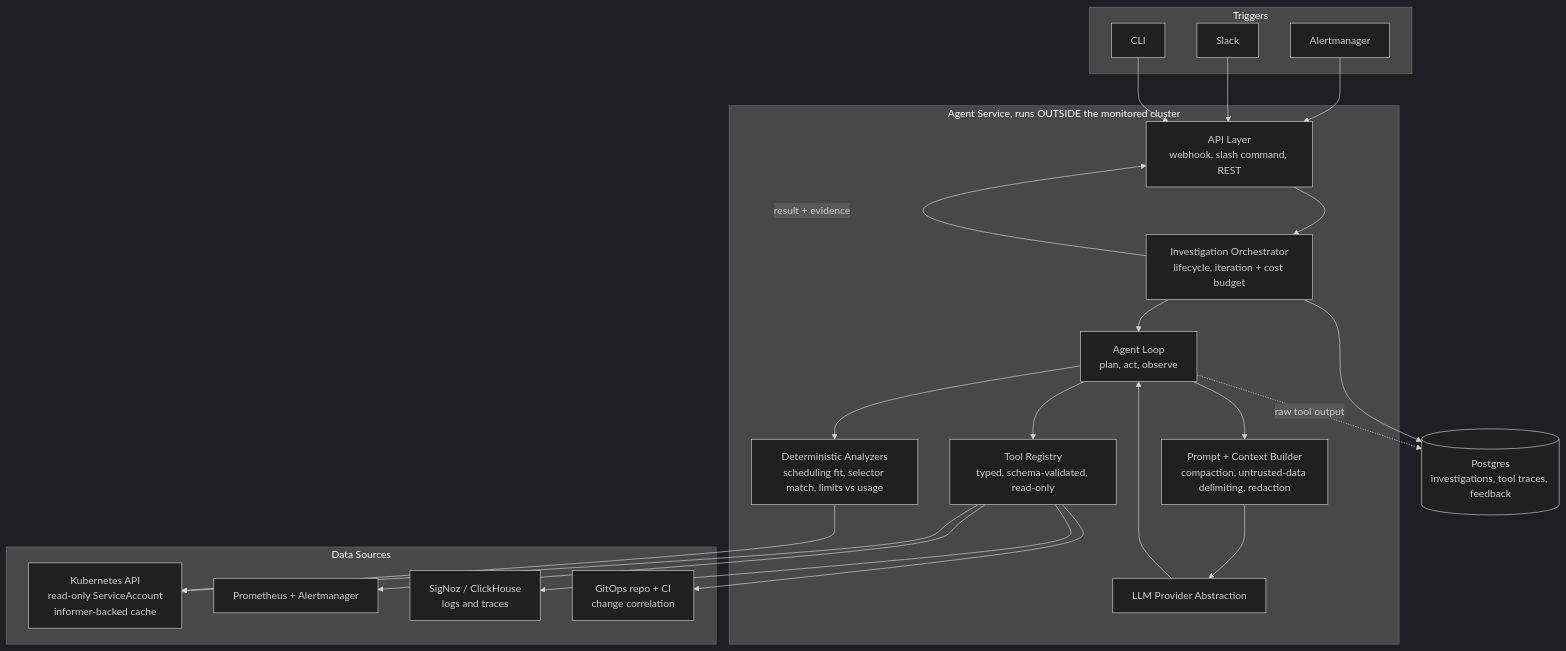
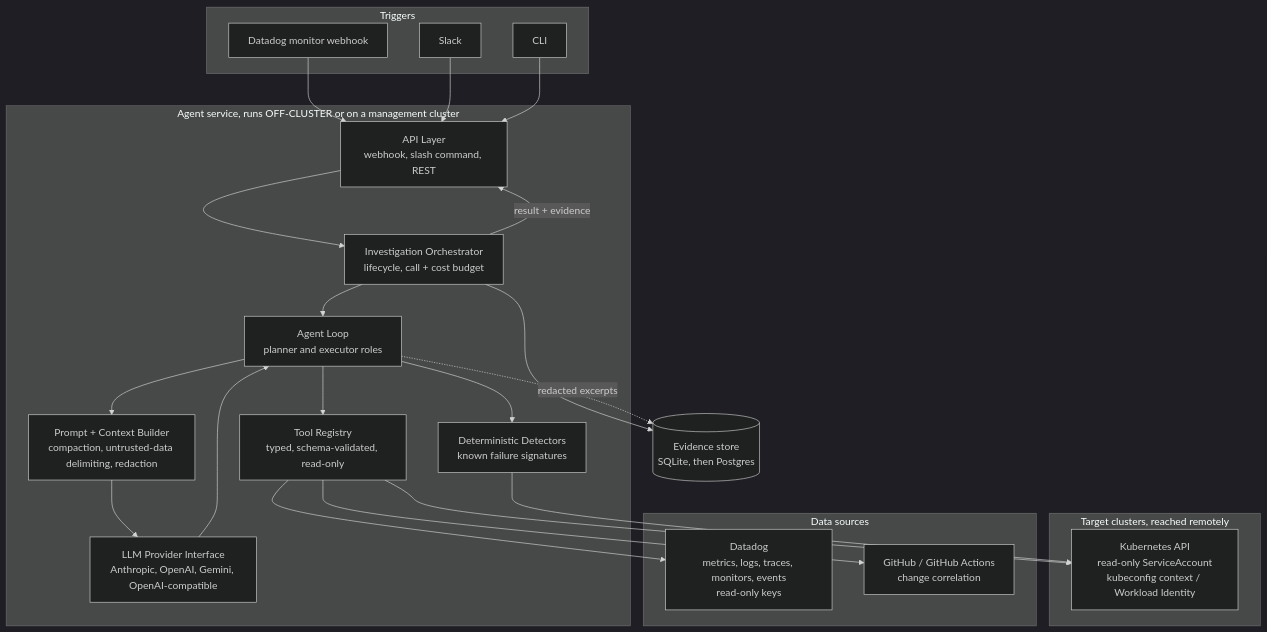
The diagram in README.md (davidsugianto/upsera-agent), drawn with Mermaid (dark theme) before and after one commit. The commit also changed other lines of this file and 53 other files, not shown here.

````diff
--- a/README.md
+++ b/README.md
@@ -58,49 +69,50 @@
 ```mermaid
 graph TB
     subgraph TRIG["Triggers"]
-        AM["Alertmanager"]
+        DDM["Datadog monitor webhook"]
         SL["Slack"]
         CL["CLI"]
     end
 
-    subgraph SVC["Agent Service, runs OUTSIDE the monitored cluster"]
+    subgraph SVC["Agent service, runs OFF-CLUSTER or on a management cluster"]
         API["API Layer<br/>webhook, slash command, REST"]
-        ORCH["Investigation Orchestrator<br/>lifecycle, iteration + cost budget"]
-        AGENT["Agent Loop<br/>plan, act, observe"]
+        ORCH["Investigation Orchestrator<br/>lifecycle, call + cost budget"]
+        AGENT["Agent Loop<br/>planner and executor roles"]
         CTX["Prompt + Context Builder<br/>compaction, untrusted-data delimiting, redaction"]
-        LLM["LLM Provider Abstraction"]
+        LLM["LLM Provider Interface<br/>Anthropic, OpenAI, Gemini, OpenAI-compatible"]
         REG["Tool Registry<br/>typed, schema-validated, read-only"]
-        DET["Deterministic Analyzers<br/>scheduling fit, selector match, limits vs usage"]
+        DET["Deterministic Detectors<br/>known failure signatures"]
     end
 
-    subgraph SRC["Data Sources"]
-        K8S["Kubernetes API<br/>read-only ServiceAccount<br/>informer-backed cache"]
-        PROM["Prometheus + Alertmanager"]
-        OBS["SigNoz / ClickHouse<br/>logs and traces"]
-        GIT["GitOps repo + CI<br/>change correlation"]
+    subgraph TGT["Target clusters, reached remotely"]
+        K8S["Kubernetes API<br/>read-only ServiceAccount<br/>kubeconfig context / Workload Identity"]
     end
 
-    PG[("Postgres<br/>investigations, tool traces, feedback")]
+    subgraph SRC["Data sources"]
+        DD["Datadog<br/>metrics, logs, traces, monitors, events<br/>read-only keys"]
+        GH["GitHub / GitHub Actions<br/>change correlation"]
+    end
 
-    AM --> API
+    STORE[("Evidence store<br/>SQLite, then Postgres")]
+
+    DDM --> API
     SL --> API
     CL --> API
 
     API --> ORCH
     ORCH --> AGENT
     AGENT --> CTX
     CTX --> LLM
     LLM --> AGENT
     AGENT --> REG
     AGENT --> DET
 
     REG --> K8S
-    REG --> PROM
-    REG --> OBS
-    REG --> GIT
+    REG --> DD
+    REG --> GH
     DET --> K8S
 
-    ORCH --> PG
-    AGENT -. "raw tool output" .-> PG
+    ORCH --> STORE
+    AGENT -. "redacted excerpts" .-> STORE
     ORCH -- "result + evidence" --> API
 ```
````
